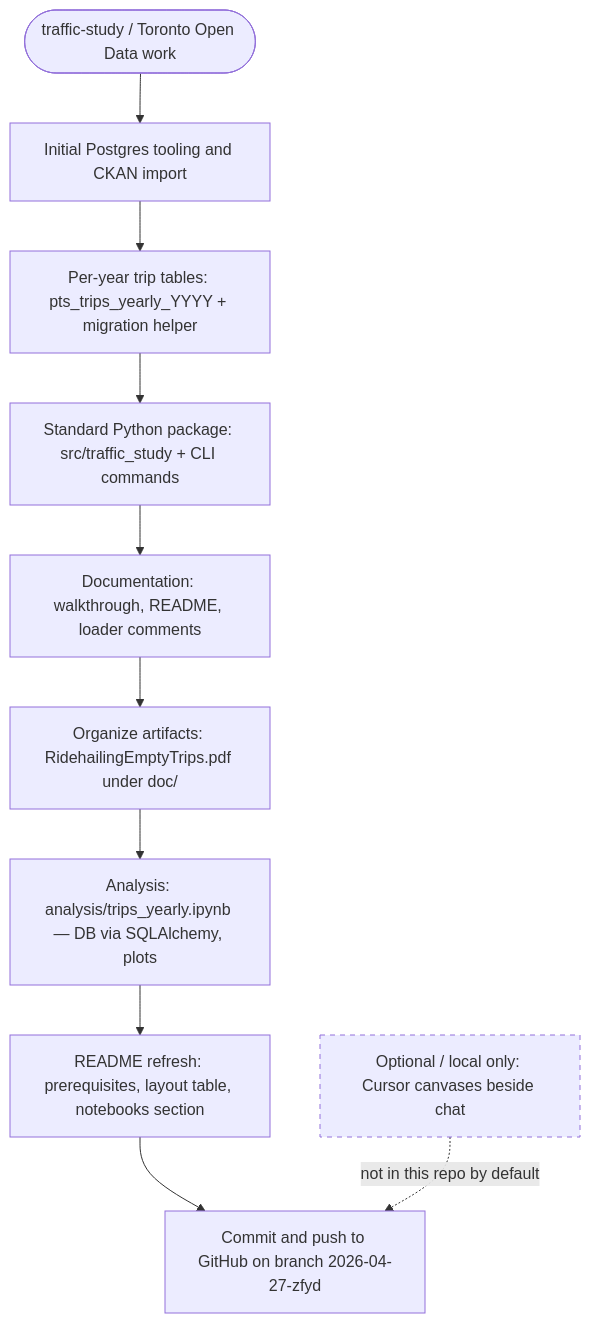
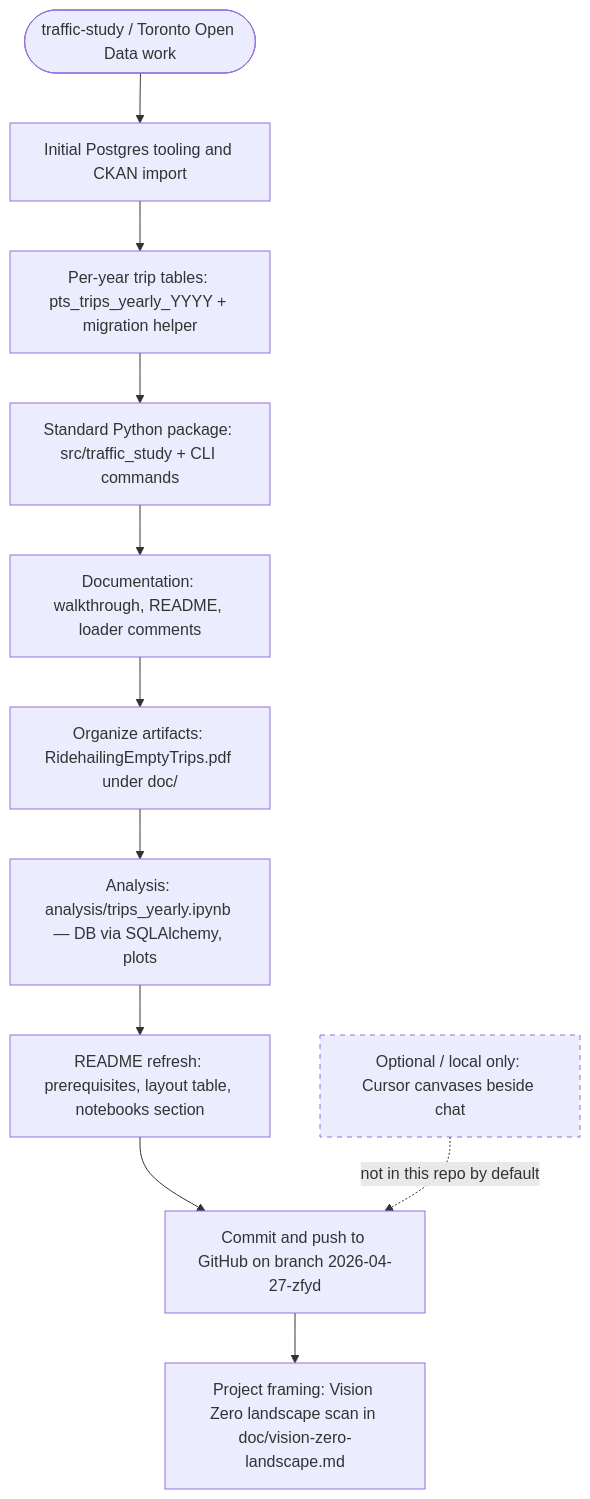
The diagram in doc/walkthrough.md (zizhenggaoleadercircle-maker/traffic-study), drawn with Mermaid before and after one commit. The commit also changed other lines of this file and 3 other files, not shown here.

First line of the commit message:
docs: add Vision Zero landscape report

````diff
--- a/doc/walkthrough.md
+++ b/doc/walkthrough.md
@@ -15,15 +15,16 @@
 ```mermaid
 flowchart TD
   A([traffic-study / Toronto Open Data work]) --> B[Initial Postgres tooling and CKAN import]
   B --> C[Per-year trip tables: pts_trips_yearly_YYYY + migration helper]
   C --> D[Standard Python package: src/traffic_study + CLI commands]
   D --> E[Documentation: walkthrough, README, loader comments]
   E --> F[Organize artifacts: RidehailingEmptyTrips.pdf under doc/]
   F --> G[Analysis: analysis/trips_yearly.ipynb — DB via SQLAlchemy, plots]
   G --> H[README refresh: prerequisites, layout table, notebooks section]
   H --> I[Commit and push to GitHub on branch 2026-04-27-zfyd]
+  I --> K[Project framing: Vision Zero landscape scan in doc/vision-zero-landscape.md]
 
   J[Optional / local only: Cursor canvases beside chat] -.->|not in this repo by default| I
 
   style J stroke-dasharray: 5 5
 ```
````
